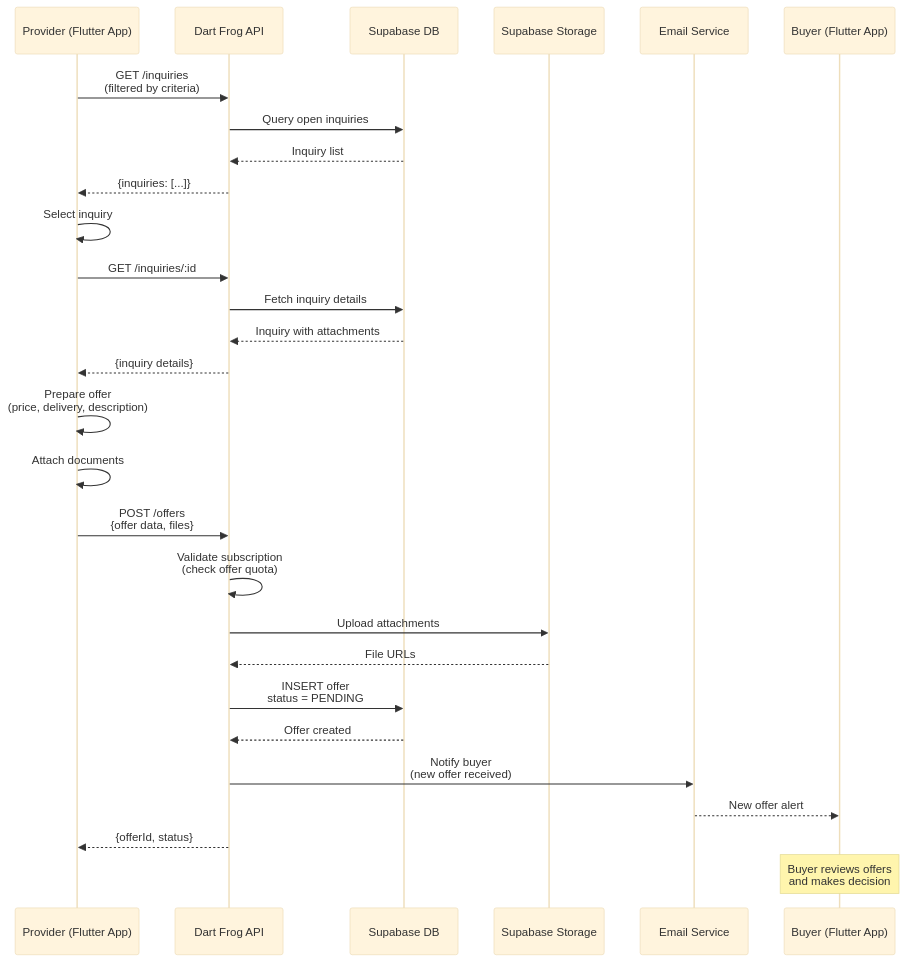
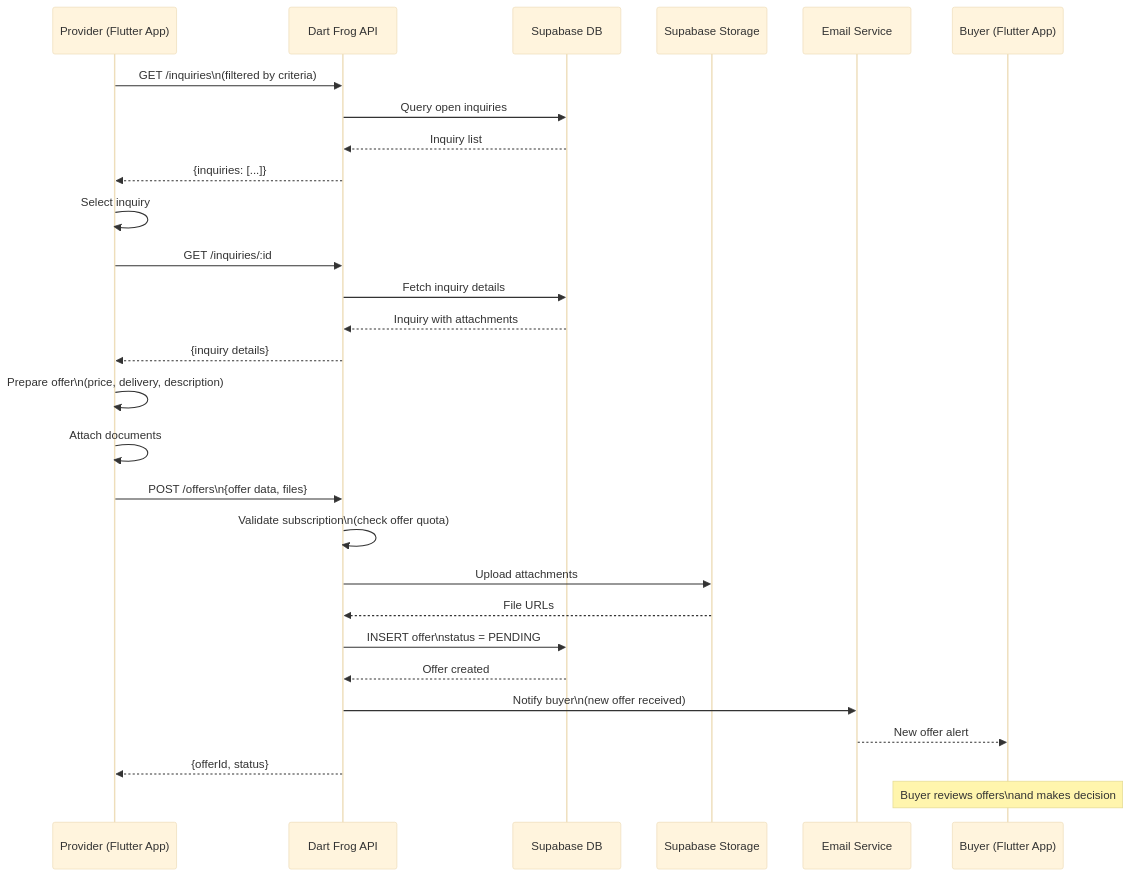
One commit to ednet-org/som-app changed the ninth of 11 diagrams in docs/ARCHITECTURE.md. Above: the diagram before and after it, drawn with Mermaid (base theme). The commit also changed other lines of this file and 1 other file, not shown here.

First line of the commit message:
fix(docs): Simplify Mermaid diagram labels for GitHub compatibility.

````diff
--- a/docs/ARCHITECTURE.md
+++ b/docs/ARCHITECTURE.md
@@ -581,37 +581,37 @@
 ```mermaid
 sequenceDiagram
     participant Provider as Provider (Flutter App)
     participant API as Dart Frog API
     participant DB as Supabase DB
     participant Storage as Supabase Storage
     participant Email as Email Service
     participant Buyer as Buyer (Flutter App)
 
-    Provider->>API: GET /inquiries<br/>(filtered by criteria)
+    Provider->>API: GET /inquiries\n(filtered by criteria)
     API->>DB: Query open inquiries
     DB-->>API: Inquiry list
     API-->>Provider: {inquiries: [...]}
 
     Provider->>Provider: Select inquiry
     Provider->>API: GET /inquiries/:id
     API->>DB: Fetch inquiry details
     DB-->>API: Inquiry with attachments
     API-->>Provider: {inquiry details}
 
-    Provider->>Provider: Prepare offer<br/>(price, delivery, description)
+    Provider->>Provider: Prepare offer\n(price, delivery, description)
     Provider->>Provider: Attach documents
 
-    Provider->>API: POST /offers<br/>{offer data, files}
-    API->>API: Validate subscription<br/>(check offer quota)
+    Provider->>API: POST /offers\n{offer data, files}
+    API->>API: Validate subscription\n(check offer quota)
     API->>Storage: Upload attachments
     Storage-->>API: File URLs
-    API->>DB: INSERT offer<br/>status = PENDING
+    API->>DB: INSERT offer\nstatus = PENDING
     DB-->>API: Offer created
 
-    API->>Email: Notify buyer<br/>(new offer received)
+    API->>Email: Notify buyer\n(new offer received)
     Email-->>Buyer: New offer alert
 
     API-->>Provider: {offerId, status}
 
-    Note over Buyer: Buyer reviews offers<br/>and makes decision
+    Note over Buyer: Buyer reviews offers\nand makes decision
 ```
````
